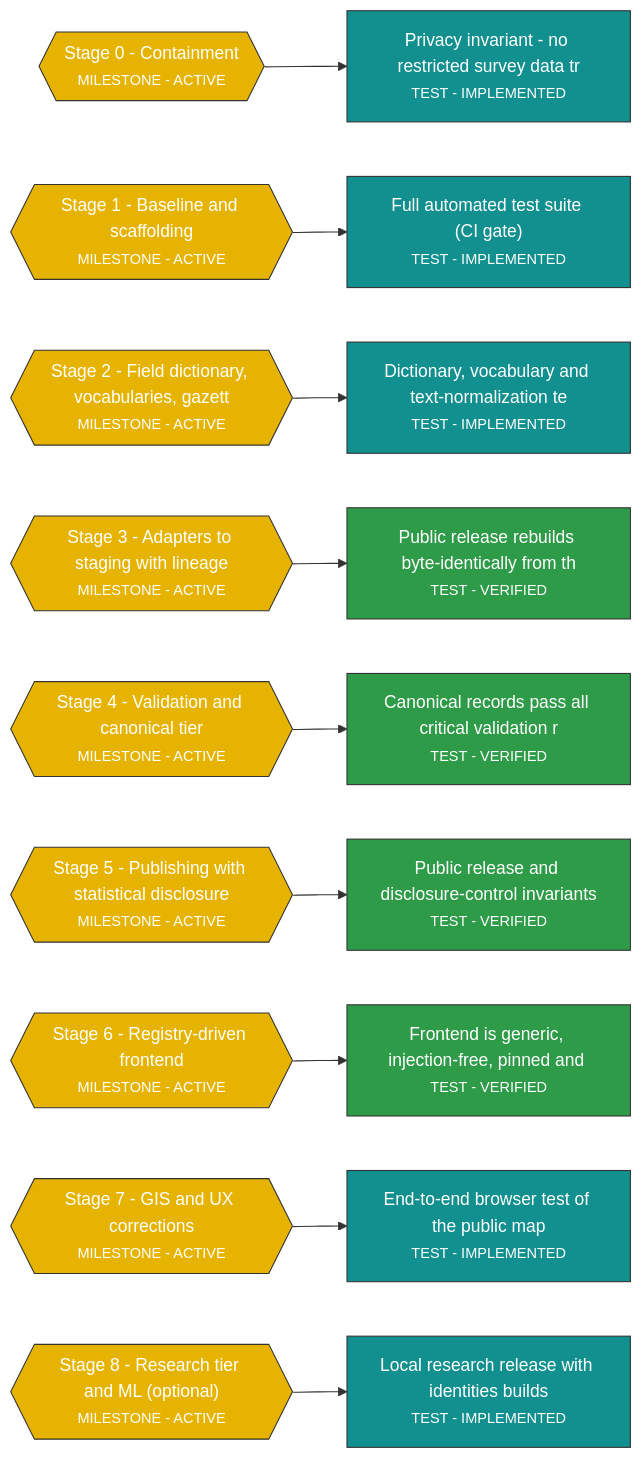
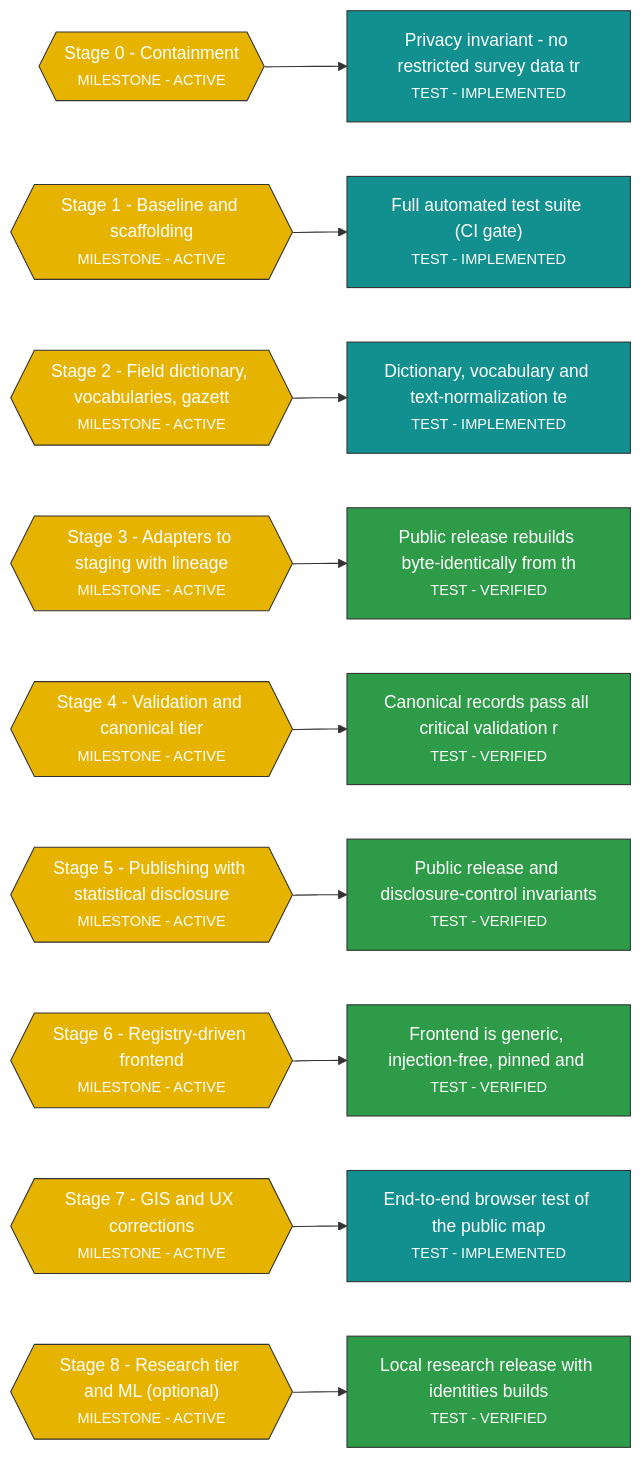
One commit to ESDUaub2025/Resolve-Mapping changed the diagram in .projectgraph/views/execution.mmd. Above: the diagram before and after it, drawn with Mermaid. The commit also changed 16 other files, not shown here.

```diff
--- a/.projectgraph/views/execution.mmd
+++ b/.projectgraph/views/execution.mmd
@@ -1,41 +1,41 @@
 flowchart LR
     M0_CONTAINMENT{{"Stage 0 - Containment<br/><small>MILESTONE - ACTIVE</small>"}}
     M1_SCAFFOLDING{{"Stage 1 - Baseline and scaffolding<br/><small>MILESTONE - ACTIVE</small>"}}
     M2_DICTIONARY{{"Stage 2 - Field dictionary, vocabularies, gazett<br/><small>MILESTONE - ACTIVE</small>"}}
     M3_ADAPTERS{{"Stage 3 - Adapters to staging with lineage<br/><small>MILESTONE - ACTIVE</small>"}}
     M4_CANONICAL{{"Stage 4 - Validation and canonical tier<br/><small>MILESTONE - ACTIVE</small>"}}
     M5_PUBLISH_SDC{{"Stage 5 - Publishing with statistical disclosure<br/><small>MILESTONE - ACTIVE</small>"}}
     M6_FRONTEND_REGISTRY{{"Stage 6 - Registry-driven frontend<br/><small>MILESTONE - ACTIVE</small>"}}
     M7_GIS_UX{{"Stage 7 - GIS and UX corrections<br/><small>MILESTONE - ACTIVE</small>"}}
     M8_RESEARCH_TIER{{"Stage 8 - Research tier and ML (optional)<br/><small>MILESTONE - ACTIVE</small>"}}
     TST_CANONICAL_VALID["Canonical records pass all critical validation r<br/><small>TEST - VERIFIED</small>"]
     TST_DICTIONARY["Dictionary, vocabulary and text-normalization te<br/><small>TEST - IMPLEMENTED</small>"]
     TST_FRONTEND["Frontend is generic, injection-free, pinned and <br/><small>TEST - VERIFIED</small>"]
     TST_MAP_E2E["End-to-end browser test of the public map<br/><small>TEST - IMPLEMENTED</small>"]
     TST_NO_RESTRICTED_DATA_TRACKED["Privacy invariant - no restricted survey data tr<br/><small>TEST - IMPLEMENTED</small>"]
     TST_PIPELINE_REPRODUCIBLE["Public release rebuilds byte-identically from th<br/><small>TEST - VERIFIED</small>"]
     TST_PUBLIC_RELEASE["Public release and disclosure-control invariants<br/><small>TEST - VERIFIED</small>"]
-    TST_RESEARCH_TIER["Local research release with identities builds<br/><small>TEST - IMPLEMENTED</small>"]
+    TST_RESEARCH_TIER["Local research release with identities builds<br/><small>TEST - VERIFIED</small>"]
     TST_TEST_SUITE["Full automated test suite (CI gate)<br/><small>TEST - IMPLEMENTED</small>"]
     M0_CONTAINMENT --> TST_NO_RESTRICTED_DATA_TRACKED
     M1_SCAFFOLDING --> TST_TEST_SUITE
     M2_DICTIONARY --> TST_DICTIONARY
     M3_ADAPTERS --> TST_PIPELINE_REPRODUCIBLE
     M4_CANONICAL --> TST_CANONICAL_VALID
     M5_PUBLISH_SDC --> TST_PUBLIC_RELEASE
     M6_FRONTEND_REGISTRY --> TST_FRONTEND
     M7_GIS_UX --> TST_MAP_E2E
     M8_RESEARCH_TIER --> TST_RESEARCH_TIER
     classDef declared fill:#9e9e9e,stroke:#333,stroke-width:1px,color:#333333;
     classDef ready fill:#2f6fed,stroke:#333,stroke-width:1px,color:#ffffff;
     classDef active fill:#e6b400,stroke:#333,stroke-width:1px,color:#ffffff;
     classDef implemented fill:#128f8f,stroke:#333,stroke-width:1px,color:#ffffff;
     classDef verifying fill:#f08c00,stroke:#333,stroke-width:1px,color:#ffffff;
     classDef verified fill:#2e9b48,stroke:#333,stroke-width:1px,color:#ffffff;
     classDef failed fill:#d32f2f,stroke:#333,stroke-width:1px,color:#ffffff;
     classDef blocked fill:#7b3fbf,stroke:#333,stroke-width:1px,color:#ffffff;
     classDef stale fill:#8d6e3a,stroke:#333,stroke-width:1px,color:#ffffff;
     classDef superseded fill:#c9c9c9,stroke:#333,stroke-width:1px,color:#333333;
     class M0_CONTAINMENT,M1_SCAFFOLDING,M2_DICTIONARY,M3_ADAPTERS,M4_CANONICAL,M5_PUBLISH_SDC,M6_FRONTEND_REGISTRY,M7_GIS_UX,M8_RESEARCH_TIER active;
-    class TST_DICTIONARY,TST_MAP_E2E,TST_NO_RESTRICTED_DATA_TRACKED,TST_RESEARCH_TIER,TST_TEST_SUITE implemented;
-    class TST_CANONICAL_VALID,TST_FRONTEND,TST_PIPELINE_REPRODUCIBLE,TST_PUBLIC_RELEASE verified;
+    class TST_DICTIONARY,TST_MAP_E2E,TST_NO_RESTRICTED_DATA_TRACKED,TST_TEST_SUITE implemented;
+    class TST_CANONICAL_VALID,TST_FRONTEND,TST_PIPELINE_REPRODUCIBLE,TST_PUBLIC_RELEASE,TST_RESEARCH_TIER verified;
```
